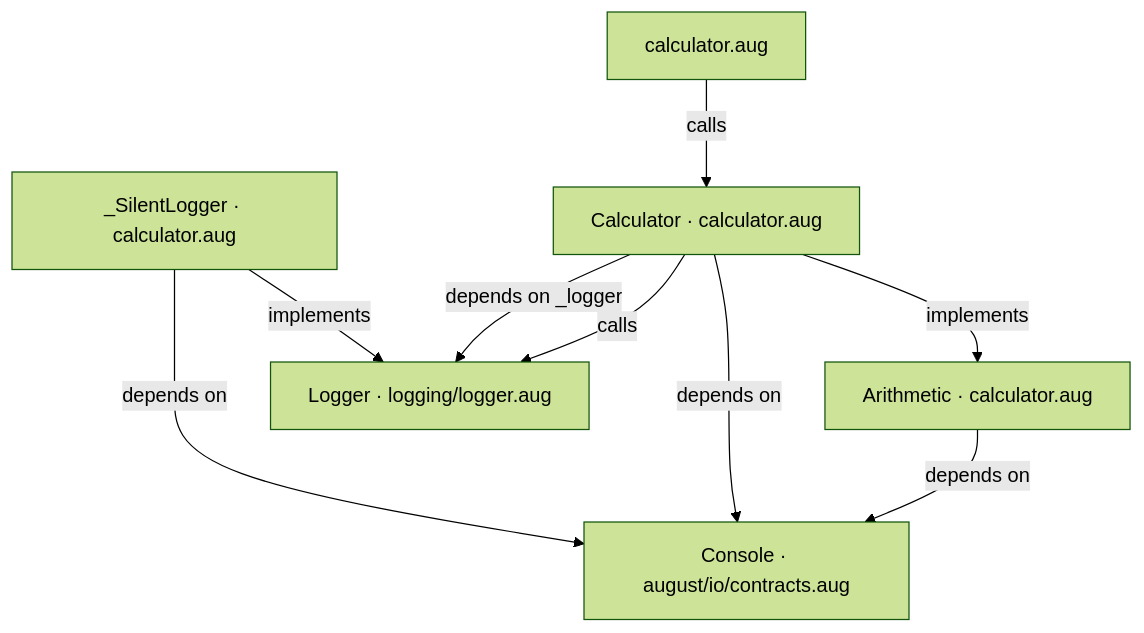
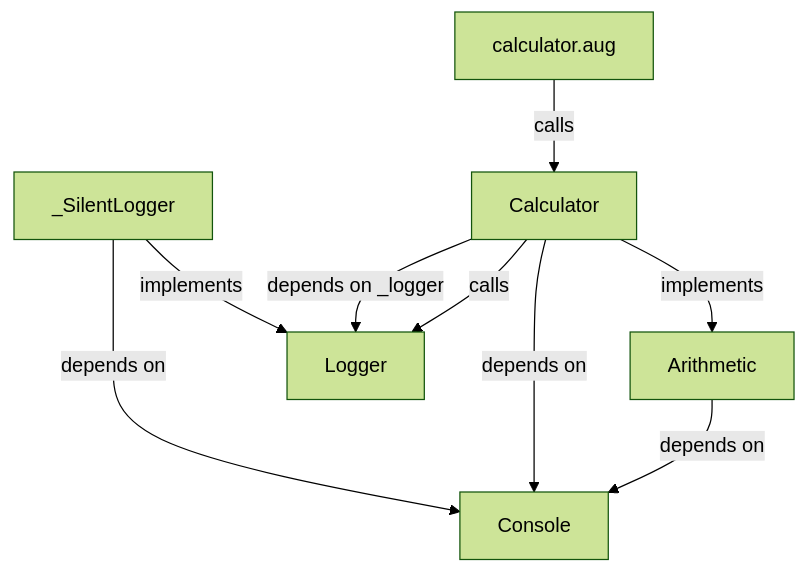
Before and after one commit to GreenPandaStudios/augscript: the first of 4 diagrams in docs/examples/developer-workflow/calculator-diagrams.md, drawn with Mermaid (forest theme). The commit also changed other lines of this file and 524 other files, not shown here.

Commit message:
Explain checked data flow at folder and service levels

````diff
--- a/docs/examples/developer-workflow/calculator-diagrams.md
+++ b/docs/examples/developer-workflow/calculator-diagrams.md
@@ -19,17 +19,17 @@
 ```mermaid
 flowchart TD
-    n0["Console · august/io/contracts.aug"]
-    n1["Arithmetic · calculator.aug"]
-    n2["Calculator · calculator.aug"]
-    n3["_SilentLogger · calculator.aug"]
-    n4["Logger · logging/logger.aug"]
+    n0["Console"]
+    n1["Arithmetic"]
+    n2["Calculator"]
+    n3["_SilentLogger"]
+    n4["Logger"]
     n5["calculator.aug"]
     n1 -->|"depends on"| n0
     n2 -->|"depends on"| n0
     n2 -->|"implements"| n1
     n2 -->|"calls"| n4
     n2 -->|"depends on _logger"| n4
     n3 -->|"depends on"| n0
     n3 -->|"implements"| n4
     n5 -->|"calls"| n2
 ```
````
